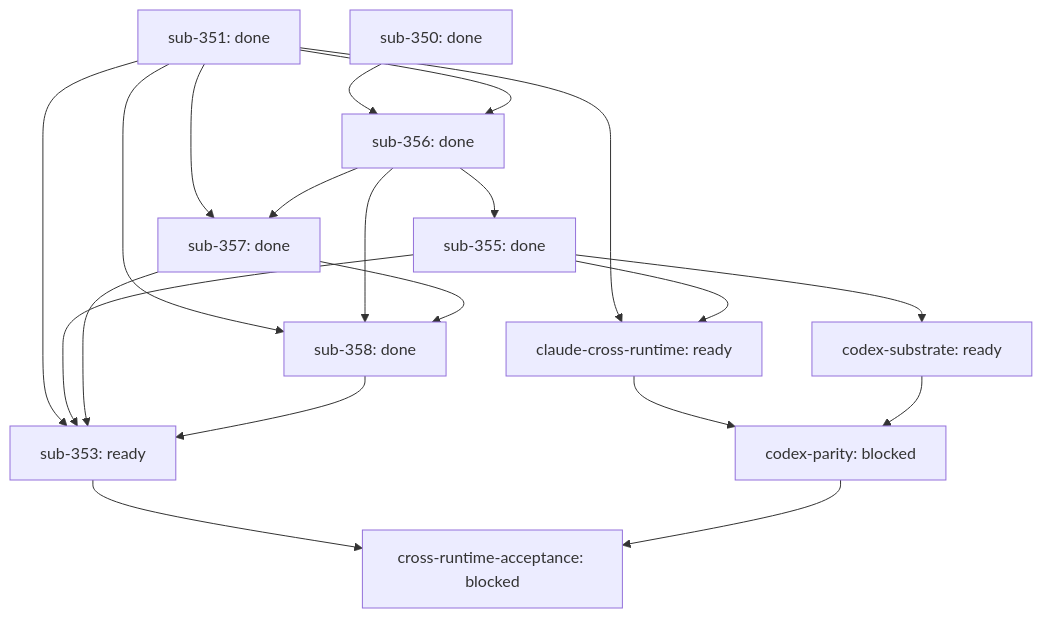
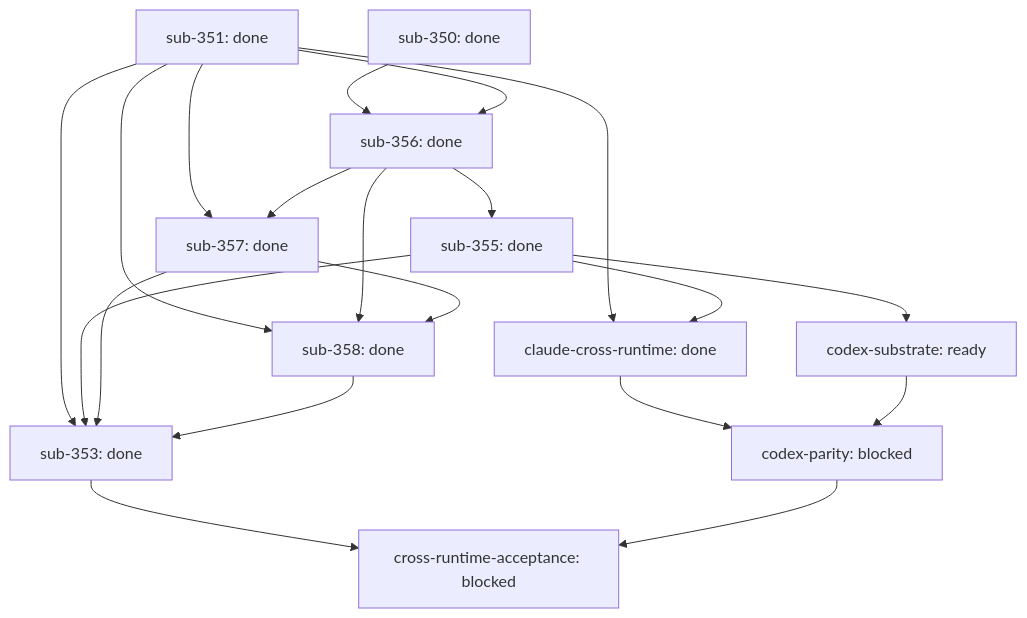
The diagram in docs/outcomes/lease-safe-runtime-continuity/report.md (infiquetra/infiquetra-claude-plugins), drawn with Mermaid before and after one commit. The commit also changed other lines of this file, not shown here.

First line of the commit message:
docs(outcome): regenerate lease-safe-runtime-continuity report — sub-353 harvested (8/11 done)

````diff
--- a/docs/outcomes/lease-safe-runtime-continuity/report.md
+++ b/docs/outcomes/lease-safe-runtime-continuity/report.md
@@ -7,33 +7,33 @@
 ```mermaid
 flowchart TD
     sub-350["sub-350: done"]
     sub-351["sub-351: done"]
     sub-356["sub-356: done"]
     sub-355["sub-355: done"]
     sub-357["sub-357: done"]
     sub-358["sub-358: done"]
-    claude-cross-runtime["claude-cross-runtime: ready"]
-    sub-353["sub-353: ready"]
+    claude-cross-runtime["claude-cross-runtime: done"]
+    sub-353["sub-353: done"]
     codex-substrate["codex-substrate: ready"]
     codex-parity["codex-parity: blocked"]
     cross-runtime-acceptance["cross-runtime-acceptance: blocked"]
     sub-350 --> sub-356
     sub-351 --> sub-356
     sub-356 --> sub-355
     sub-351 --> sub-357
     sub-356 --> sub-357
     sub-351 --> sub-358
     sub-356 --> sub-358
     sub-357 --> sub-358
     sub-351 --> claude-cross-runtime
     sub-355 --> claude-cross-runtime
     sub-351 --> sub-353
     sub-355 --> sub-353
     sub-357 --> sub-353
     sub-358 --> sub-353
     sub-355 --> codex-substrate
     claude-cross-runtime --> codex-parity
     codex-substrate --> codex-parity
     sub-353 --> cross-runtime-acceptance
     codex-parity --> cross-runtime-acceptance
 ```
````
